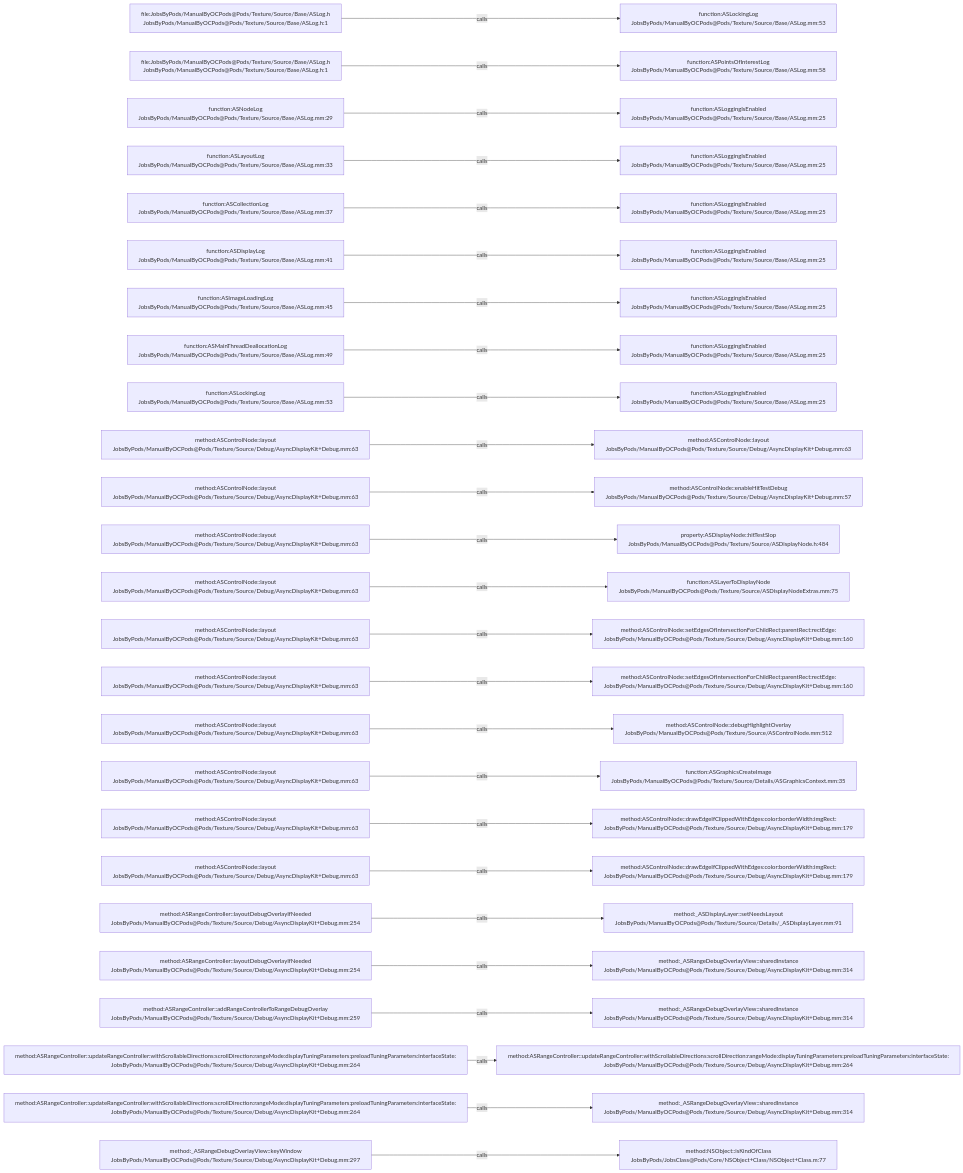
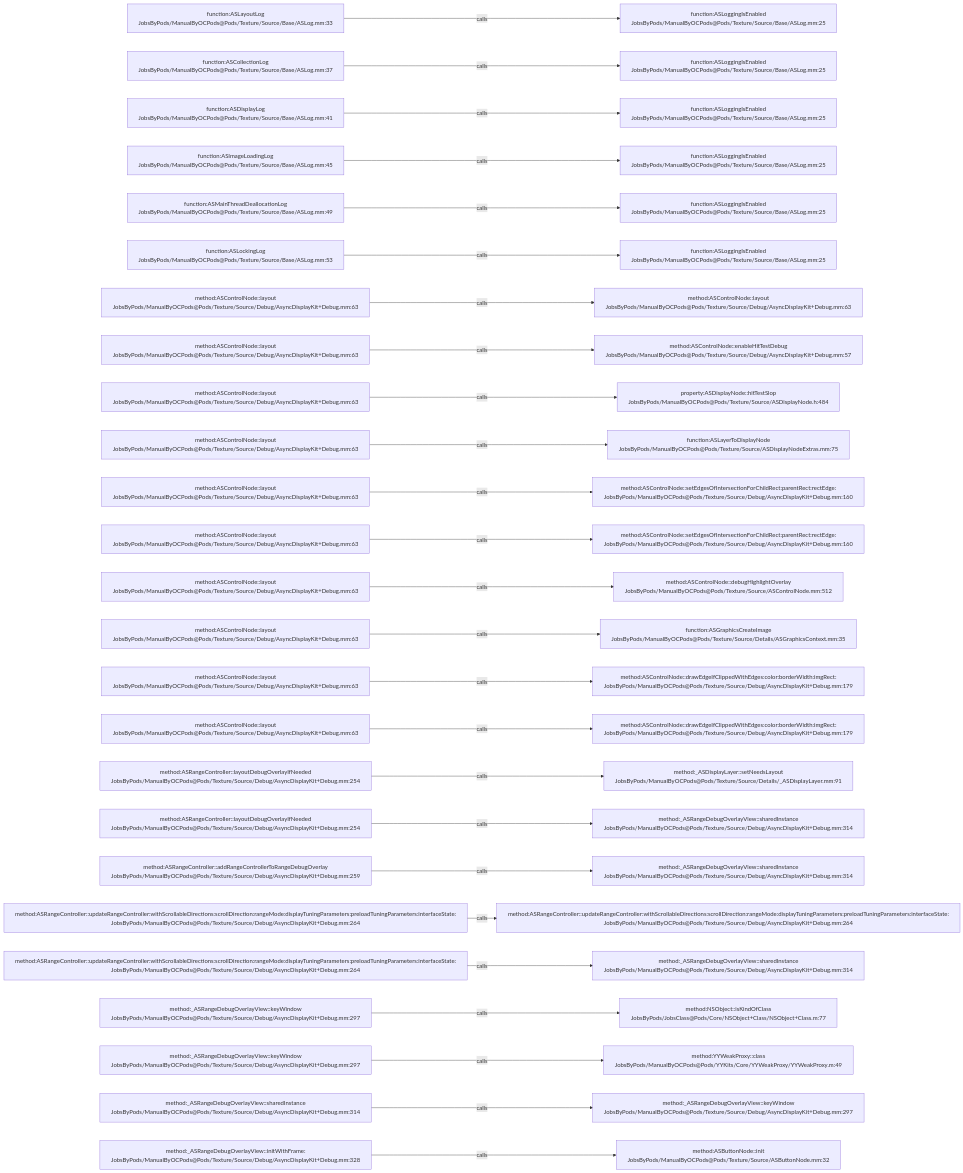
Before and after one commit to JobsKits/JobsOCBaseConfigDemo: the diagram in .codegraph/codegraph.md/graphs/calls-150.md, drawn with Mermaid. The commit also changed 342 other files, not shown here.

````diff
--- a/.codegraph/codegraph.md/graphs/calls-150.md
+++ b/.codegraph/codegraph.md/graphs/calls-150.md
@@ -13,78 +13,78 @@
 ```mermaid
 flowchart LR
-  S1["file:JobsByPods/ManualByOCPods@Pods/Texture/Source/Base/ASLog.h<br/>JobsByPods/ManualByOCPods@Pods/Texture/Source/Base/ASLog.h:1"]
-  T1["function:ASLockingLog<br/>JobsByPods/ManualByOCPods@Pods/Texture/Source/Base/ASLog.mm:53"]
+  S1["function:ASLayoutLog<br/>JobsByPods/ManualByOCPods@Pods/Texture/Source/Base/ASLog.mm:33"]
+  T1["function:ASLoggingIsEnabled<br/>JobsByPods/ManualByOCPods@Pods/Texture/Source/Base/ASLog.mm:25"]
   S1 -->|calls| T1
-  S2["file:JobsByPods/ManualByOCPods@Pods/Texture/Source/Base/ASLog.h<br/>JobsByPods/ManualByOCPods@Pods/Texture/Source/Base/ASLog.h:1"]
-  T2["function:ASPointsOfInterestLog<br/>JobsByPods/ManualByOCPods@Pods/Texture/Source/Base/ASLog.mm:58"]
+  S2["function:ASCollectionLog<br/>JobsByPods/ManualByOCPods@Pods/Texture/Source/Base/ASLog.mm:37"]
+  T2["function:ASLoggingIsEnabled<br/>JobsByPods/ManualByOCPods@Pods/Texture/Source/Base/ASLog.mm:25"]
   S2 -->|calls| T2
-  S3["function:ASNodeLog<br/>JobsByPods/ManualByOCPods@Pods/Texture/Source/Base/ASLog.mm:29"]
+  S3["function:ASDisplayLog<br/>JobsByPods/ManualByOCPods@Pods/Texture/Source/Base/ASLog.mm:41"]
   T3["function:ASLoggingIsEnabled<br/>JobsByPods/ManualByOCPods@Pods/Texture/Source/Base/ASLog.mm:25"]
   S3 -->|calls| T3
-  S4["function:ASLayoutLog<br/>JobsByPods/ManualByOCPods@Pods/Texture/Source/Base/ASLog.mm:33"]
+  S4["function:ASImageLoadingLog<br/>JobsByPods/ManualByOCPods@Pods/Texture/Source/Base/ASLog.mm:45"]
   T4["function:ASLoggingIsEnabled<br/>JobsByPods/ManualByOCPods@Pods/Texture/Source/Base/ASLog.mm:25"]
   S4 -->|calls| T4
-  S5["function:ASCollectionLog<br/>JobsByPods/ManualByOCPods@Pods/Texture/Source/Base/ASLog.mm:37"]
+  S5["function:ASMainThreadDeallocationLog<br/>JobsByPods/ManualByOCPods@Pods/Texture/Source/Base/ASLog.mm:49"]
   T5["function:ASLoggingIsEnabled<br/>JobsByPods/ManualByOCPods@Pods/Texture/Source/Base/ASLog.mm:25"]
   S5 -->|calls| T5
-  S6["function:ASDisplayLog<br/>JobsByPods/ManualByOCPods@Pods/Texture/Source/Base/ASLog.mm:41"]
+  S6["function:ASLockingLog<br/>JobsByPods/ManualByOCPods@Pods/Texture/Source/Base/ASLog.mm:53"]
   T6["function:ASLoggingIsEnabled<br/>JobsByPods/ManualByOCPods@Pods/Texture/Source/Base/ASLog.mm:25"]
   S6 -->|calls| T6
-  S7["function:ASImageLoadingLog<br/>JobsByPods/ManualByOCPods@Pods/Texture/Source/Base/ASLog.mm:45"]
-  T7["function:ASLoggingIsEnabled<br/>JobsByPods/ManualByOCPods@Pods/Texture/Source/Base/ASLog.mm:25"]
+  S7["method:ASControlNode::layout<br/>JobsByPods/ManualByOCPods@Pods/Texture/Source/Debug/AsyncDisplayKit+Debug.mm:63"]
+  T7["method:ASControlNode::layout<br/>JobsByPods/ManualByOCPods@Pods/Texture/Source/Debug/AsyncDisplayKit+Debug.mm:63"]
   S7 -->|calls| T7
-  S8["function:ASMainThreadDeallocationLog<br/>JobsByPods/ManualByOCPods@Pods/Texture/Source/Base/ASLog.mm:49"]
-  T8["function:ASLoggingIsEnabled<br/>JobsByPods/ManualByOCPods@Pods/Texture/Source/Base/ASLog.mm:25"]
+  S8["method:ASControlNode::layout<br/>JobsByPods/ManualByOCPods@Pods/Texture/Source/Debug/AsyncDisplayKit+Debug.mm:63"]
+  T8["method:ASControlNode::enableHitTestDebug<br/>JobsByPods/ManualByOCPods@Pods/Texture/Source/Debug/AsyncDisplayKit+Debug.mm:57"]
   S8 -->|calls| T8
-  S9["function:ASLockingLog<br/>JobsByPods/ManualByOCPods@Pods/Texture/Source/Base/ASLog.mm:53"]
-  T9["function:ASLoggingIsEnabled<br/>JobsByPods/ManualByOCPods@Pods/Texture/Source/Base/ASLog.mm:25"]
+  S9["method:ASControlNode::layout<br/>JobsByPods/ManualByOCPods@Pods/Texture/Source/Debug/AsyncDisplayKit+Debug.mm:63"]
+  T9["property:ASDisplayNode::hitTestSlop<br/>JobsByPods/ManualByOCPods@Pods/Texture/Source/ASDisplayNode.h:484"]
   S9 -->|calls| T9
   S10["method:ASControlNode::layout<br/>JobsByPods/ManualByOCPods@Pods/Texture/Source/Debug/AsyncDisplayKit+Debug.mm:63"]
-  T10["method:ASControlNode::layout<br/>JobsByPods/ManualByOCPods@Pods/Texture/Source/Debug/AsyncDisplayKit+Debug.mm:63"]
+  T10["function:ASLayerToDisplayNode<br/>JobsByPods/ManualByOCPods@Pods/Texture/Source/ASDisplayNodeExtras.mm:75"]
   S10 -->|calls| T10
   S11["method:ASControlNode::layout<br/>JobsByPods/ManualByOCPods@Pods/Texture/Source/Debug/AsyncDisplayKit+Debug.mm:63"]
-  T11["method:ASControlNode::enableHitTestDebug<br/>JobsByPods/ManualByOCPods@Pods/Texture/Source/Debug/AsyncDisplayKit+Debug.mm:57"]
+  T11["method:ASControlNode::setEdgesOfIntersectionForChildRect:parentRect:rectEdge:<br/>JobsByPods/ManualByOCPods@Pods/Texture/Source/Debug/AsyncDisplayKit+Debug.mm:160"]
   S11 -->|calls| T11
   S12["method:ASControlNode::layout<br/>JobsByPods/ManualByOCPods@Pods/Texture/Source/Debug/AsyncDisplayKit+Debug.mm:63"]
-  T12["property:ASDisplayNode::hitTestSlop<br/>JobsByPods/ManualByOCPods@Pods/Texture/Source/ASDisplayNode.h:484"]
+  T12["method:ASControlNode::setEdgesOfIntersectionForChildRect:parentRect:rectEdge:<br/>JobsByPods/ManualByOCPods@Pods/Texture/Source/Debug/AsyncDisplayKit+Debug.mm:160"]
   S12 -->|calls| T12
   S13["method:ASControlNode::layout<br/>JobsByPods/ManualByOCPods@Pods/Texture/Source/Debug/AsyncDisplayKit+Debug.mm:63"]
-  T13["function:ASLayerToDisplayNode<br/>JobsByPods/ManualByOCPods@Pods/Texture/Source/ASDisplayNodeExtras.mm:75"]
+  T13["method:ASControlNode::debugHighlightOverlay<br/>JobsByPods/ManualByOCPods@Pods/Texture/Source/ASControlNode.mm:512"]
   S13 -->|calls| T13
   S14["method:ASControlNode::layout<br/>JobsByPods/ManualByOCPods@Pods/Texture/Source/Debug/AsyncDisplayKit+Debug.mm:63"]
-  T14["method:ASControlNode::setEdgesOfIntersectionForChildRect:parentRect:rectEdge:<br/>JobsByPods/ManualByOCPods@Pods/Texture/Source/Debug/AsyncDisplayKit+Debug.mm:160"]
+  T14["function:ASGraphicsCreateImage<br/>JobsByPods/ManualByOCPods@Pods/Texture/Source/Details/ASGraphicsContext.mm:35"]
   S14 -->|calls| T14
   S15["method:ASControlNode::layout<br/>JobsByPods/ManualByOCPods@Pods/Texture/Source/Debug/AsyncDisplayKit+Debug.mm:63"]
-  T15["method:ASControlNode::setEdgesOfIntersectionForChildRect:parentRect:rectEdge:<br/>JobsByPods/ManualByOCPods@Pods/Texture/Source/Debug/AsyncDisplayKit+Debug.mm:160"]
+  T15["method:ASControlNode::drawEdgeIfClippedWithEdges:color:borderWidth:imgRect:<br/>JobsByPods/ManualByOCPods@Pods/Texture/Source/Debug/AsyncDisplayKit+Debug.mm:179"]
   S15 -->|calls| T15
   S16["method:ASControlNode::layout<br/>JobsByPods/ManualByOCPods@Pods/Texture/Source/Debug/AsyncDisplayKit+Debug.mm:63"]
-  T16["method:ASControlNode::debugHighlightOverlay<br/>JobsByPods/ManualByOCPods@Pods/Texture/Source/ASControlNode.mm:512"]
+  T16["method:ASControlNode::drawEdgeIfClippedWithEdges:color:borderWidth:imgRect:<br/>JobsByPods/ManualByOCPods@Pods/Texture/Source/Debug/AsyncDisplayKit+Debug.mm:179"]
   S16 -->|calls| T16
-  S17["method:ASControlNode::layout<br/>JobsByPods/ManualByOCPods@Pods/Texture/Source/Debug/AsyncDisplayKit+Debug.mm:63"]
-  T17["function:ASGraphicsCreateImage<br/>JobsByPods/ManualByOCPods@Pods/Texture/Source/Details/ASGraphicsContext.mm:35"]
+  S17["method:ASRangeController::layoutDebugOverlayIfNeeded<br/>JobsByPods/ManualByOCPods@Pods/Texture/Source/Debug/AsyncDisplayKit+Debug.mm:254"]
+  T17["method:_ASDisplayLayer::setNeedsLayout<br/>JobsByPods/ManualByOCPods@Pods/Texture/Source/Details/_ASDisplayLayer.mm:91"]
   S17 -->|calls| T17
-  S18["method:ASControlNode::layout<br/>JobsByPods/ManualByOCPods@Pods/Texture/Source/Debug/AsyncDisplayKit+Debug.mm:63"]
-  T18["method:ASControlNode::drawEdgeIfClippedWithEdges:color:borderWidth:imgRect:<br/>JobsByPods/ManualByOCPods@Pods/Texture/Source/Debug/AsyncDisplayKit+Debug.mm:179"]
+  S18["method:ASRangeController::layoutDebugOverlayIfNeeded<br/>JobsByPods/ManualByOCPods@Pods/Texture/Source/Debug/AsyncDisplayKit+Debug.mm:254"]
+  T18["method:_ASRangeDebugOverlayView::sharedInstance<br/>JobsByPods/ManualByOCPods@Pods/Texture/Source/Debug/AsyncDisplayKit+Debug.mm:314"]
   S18 -->|calls| T18
-  S19["method:ASControlNode::layout<br/>JobsByPods/ManualByOCPods@Pods/Texture/Source/Debug/AsyncDisplayKit+Debug.mm:63"]
-  T19["method:ASControlNode::drawEdgeIfClippedWithEdges:color:borderWidth:imgRect:<br/>JobsByPods/ManualByOCPods@Pods/Texture/Source/Debug/AsyncDisplayKit+Debug.mm:179"]
+  S19["method:ASRangeController::addRangeControllerToRangeDebugOverlay<br/>JobsByPods/ManualByOCPods@Pods/Texture/Source/Debug/AsyncDisplayKit+Debug.mm:259"]
+  T19["method:_ASRangeDebugOverlayView::sharedInstance<br/>JobsByPods/ManualByOCPods@Pods/Texture/Source/Debug/AsyncDisplayKit+Debug.mm:314"]
   S19 -->|calls| T19
-  S20["method:ASRangeController::layoutDebugOverlayIfNeeded<br/>JobsByPods/ManualByOCPods@Pods/Texture/Source/Debug/AsyncDisplayKit+Debug.mm:254"]
-  T20["method:_ASDisplayLayer::setNeedsLayout<br/>JobsByPods/ManualByOCPods@Pods/Texture/Source/Details/_ASDisplayLayer.mm:91"]
+  S20["method:ASRangeController::updateRangeController:withScrollableDirections:scrollDirection:rangeMode:displayTuningParameters:preloadTuningParameters:interfaceState:<br/>JobsByPods/ManualByOCPods@Pods/Texture/Source/Debug/AsyncDisplayKit+Debug.mm:264"]
+  T20["method:ASRangeController::updateRangeController:withScrollableDirections:scrollDirection:rangeMode:displayTuningParameters:preloadTuningParameters:interfaceState:<br/>JobsByPods/ManualByOCPods@Pods/Texture/Source/Debug/AsyncDisplayKit+Debug.mm:264"]
   S20 -->|calls| T20
-  S21["method:ASRangeController::layoutDebugOverlayIfNeeded<br/>JobsByPods/ManualByOCPods@Pods/Texture/Source/Debug/AsyncDisplayKit+Debug.mm:254"]
+  S21["method:ASRangeController::updateRangeController:withScrollableDirections:scrollDirection:rangeMode:displayTuningParameters:preloadTuningParameters:interfaceState:<br/>JobsByPods/ManualByOCPods@Pods/Texture/Source/Debug/AsyncDisplayKit+Debug.mm:264"]
   T21["method:_ASRangeDebugOverlayView::sharedInstance<br/>JobsByPods/ManualByOCPods@Pods/Texture/Source/Debug/AsyncDisplayKit+Debug.mm:314"]
   S21 -->|calls| T21
-  S22["method:ASRangeController::addRangeControllerToRangeDebugOverlay<br/>JobsByPods/ManualByOCPods@Pods/Texture/Source/Debug/AsyncDisplayKit+Debug.mm:259"]
-  T22["method:_ASRangeDebugOverlayView::sharedInstance<br/>JobsByPods/ManualByOCPods@Pods/Texture/Source/Debug/AsyncDisplayKit+Debug.mm:314"]
+  S22["method:_ASRangeDebugOverlayView::keyWindow<br/>JobsByPods/ManualByOCPods@Pods/Texture/Source/Debug/AsyncDisplayKit+Debug.mm:297"]
+  T22["method:NSObject::isKindOfClass<br/>JobsByPods/JobsClass@Pods/Core/NSObject+Class/NSObject+Class.m:77"]
   S22 -->|calls| T22
-  S23["method:ASRangeController::updateRangeController:withScrollableDirections:scrollDirection:rangeMode:displayTuningParameters:preloadTuningParameters:interfaceState:<br/>JobsByPods/ManualByOCPods@Pods/Texture/Source/Debug/AsyncDisplayKit+Debug.mm:264"]
-  T23["method:ASRangeController::updateRangeController:withScrollableDirections:scrollDirection:rangeMode:displayTuningParameters:preloadTuningParameters:interfaceState:<br/>JobsByPods/ManualByOCPods@Pods/Texture/Source/Debug/AsyncDisplayKit+Debug.mm:264"]
+  S23["method:_ASRangeDebugOverlayView::keyWindow<br/>JobsByPods/ManualByOCPods@Pods/Texture/Source/Debug/AsyncDisplayKit+Debug.mm:297"]
+  T23["method:YYWeakProxy::class<br/>JobsByPods/ManualByOCPods@Pods/YYKits/Core/YYWeakProxy/YYWeakProxy.m:49"]
   S23 -->|calls| T23
-  S24["method:ASRangeController::updateRangeController:withScrollableDirections:scrollDirection:rangeMode:displayTuningParameters:preloadTuningParameters:interfaceState:<br/>JobsByPods/ManualByOCPods@Pods/Texture/Source/Debug/AsyncDisplayKit+Debug.mm:264"]
-  T24["method:_ASRangeDebugOverlayView::sharedInstance<br/>JobsByPods/ManualByOCPods@Pods/Texture/Source/Debug/AsyncDisplayKit+Debug.mm:314"]
+  S24["method:_ASRangeDebugOverlayView::sharedInstance<br/>JobsByPods/ManualByOCPods@Pods/Texture/Source/Debug/AsyncDisplayKit+Debug.mm:314"]
+  T24["method:_ASRangeDebugOverlayView::keyWindow<br/>JobsByPods/ManualByOCPods@Pods/Texture/Source/Debug/AsyncDisplayKit+Debug.mm:297"]
   S24 -->|calls| T24
-  S25["method:_ASRangeDebugOverlayView::keyWindow<br/>JobsByPods/ManualByOCPods@Pods/Texture/Source/Debug/AsyncDisplayKit+Debug.mm:297"]
-  T25["method:NSObject::isKindOfClass<br/>JobsByPods/JobsClass@Pods/Core/NSObject+Class/NSObject+Class.m:77"]
+  S25["method:_ASRangeDebugOverlayView::initWithFrame:<br/>JobsByPods/ManualByOCPods@Pods/Texture/Source/Debug/AsyncDisplayKit+Debug.mm:328"]
+  T25["method:ASButtonNode::init<br/>JobsByPods/ManualByOCPods@Pods/Texture/Source/ASButtonNode.mm:32"]
   S25 -->|calls| T25
 ```
````
